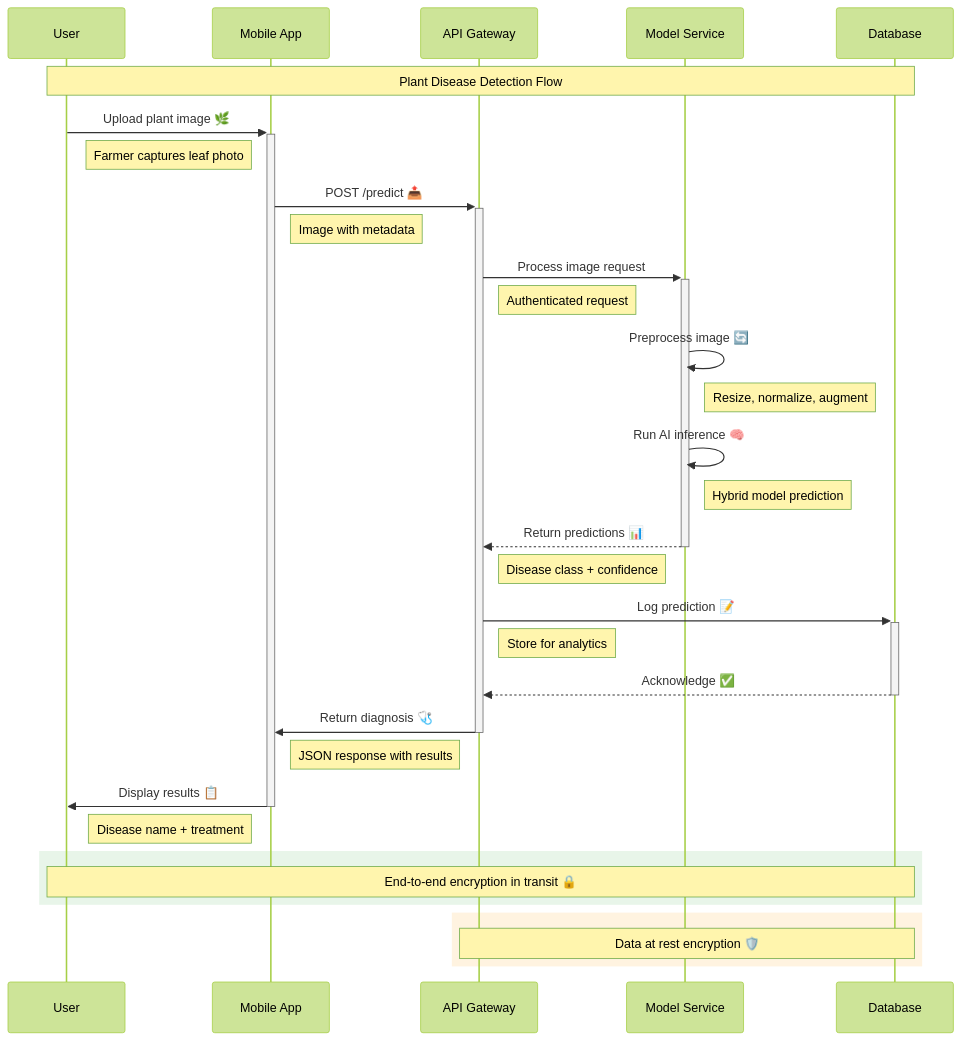
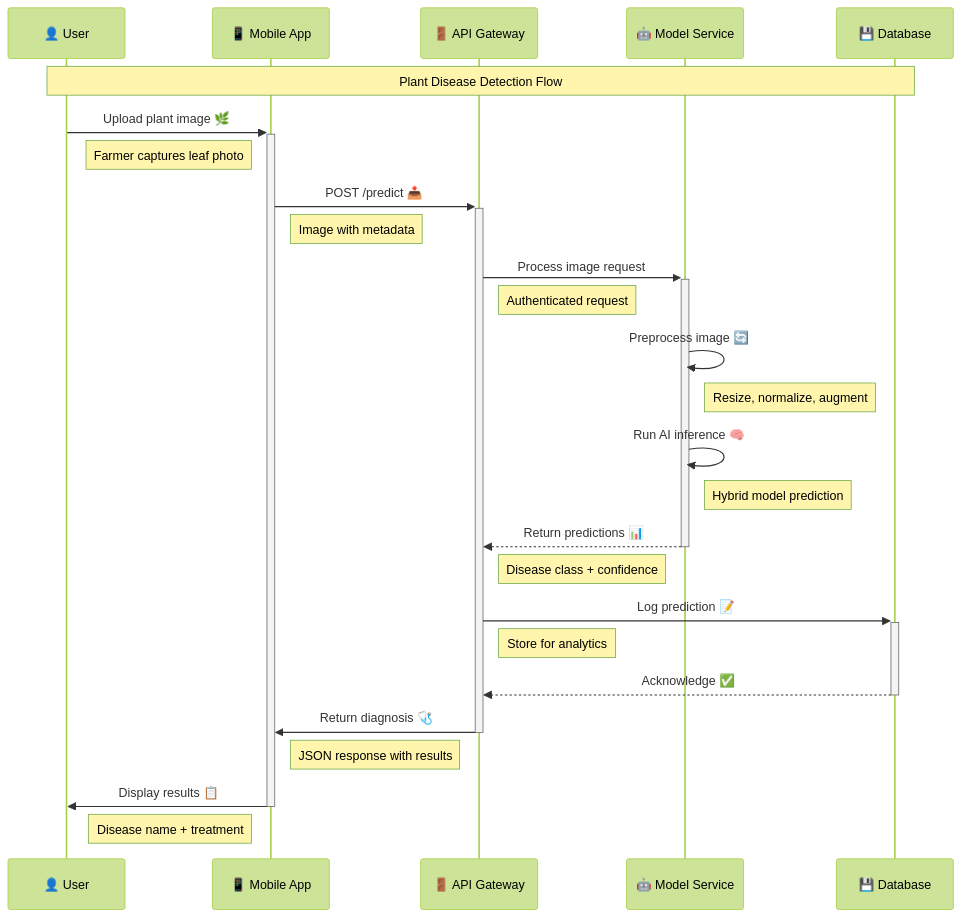
The second of 14 diagrams in docs/ARCHITECTURE.md (VIKAS9793/Krishisahayak-2.0), drawn with Mermaid (forest theme) before and after one commit. The commit also changed other lines of this file and 7 other files, not shown here.

````diff
--- a/docs/ARCHITECTURE.md
+++ b/docs/ARCHITECTURE.md
@@ -88,47 +88,39 @@
 ```mermaid
 sequenceDiagram
-    participant 👤 as User
-    participant 📱 as Mobile App
-    participant 🚪 as API Gateway
-    participant 🤖 as Model Service
-    participant 💾 as Database
+    participant User as 👤 User
+    participant App as 📱 Mobile App
+    participant Gateway as 🚪 API Gateway
+    participant Model as 🤖 Model Service
+    participant DB as 💾 Database
     
-    Note over 👤,💾: Plant Disease Detection Flow
+    Note over User,DB: Plant Disease Detection Flow
     
-    👤->>+📱: Upload plant image 🌿
-    Note right of 👤: Farmer captures leaf photo
+    User->>+App: Upload plant image 🌿
+    Note right of User: Farmer captures leaf photo
     
-    📱->>+🚪: POST /predict 📤
-    Note right of 📱: Image with metadata
+    App->>+Gateway: POST /predict 📤
+    Note right of App: Image with metadata
     
-    🚪->>+🤖: Process image request
-    Note right of 🚪: Authenticated request
+    Gateway->>+Model: Process image request
+    Note right of Gateway: Authenticated request
     
-    🤖->>🤖: Preprocess image 🔄
-    Note right of 🤖: Resize, normalize, augment
+    Model->>Model: Preprocess image 🔄
+    Note right of Model: Resize, normalize, augment
     
-    🤖->>🤖: Run AI inference 🧠
-    Note right of 🤖: Hybrid model prediction
+    Model->>Model: Run AI inference 🧠
+    Note right of Model: Hybrid model prediction
     
-    🤖-->>-🚪: Return predictions 📊
-    Note left of 🤖: Disease class + confidence
+    Model-->>-Gateway: Return predictions 📊
+    Note left of Model: Disease class + confidence
     
-    🚪->>+💾: Log prediction 📝
-    Note right of 🚪: Store for analytics
+    Gateway->>+DB: Log prediction 📝
+    Note right of Gateway: Store for analytics
     
-    💾-->>-🚪: Acknowledge ✅
+    DB-->>-Gateway: Acknowledge ✅
     
-    🚪->>-📱: Return diagnosis 🩺
-    Note left of 🚪: JSON response with results
+    Gateway->>-App: Return diagnosis 🩺
+    Note left of Gateway: JSON response with results
     
-    📱->>-👤: Display results 📋
-    Note left of 📱: Disease name + treatment
-    
-    rect rgb(232, 245, 233)
-        Note over 👤,💾: End-to-end encryption in transit 🔒
-    end
-    
-    rect rgb(255, 243, 224)
-        Note over 🚪,💾: Data at rest encryption 🛡️
-    end
+    App->>-User: Display results 📋
+    Note left of App: Disease name + treatment
 ```
````
